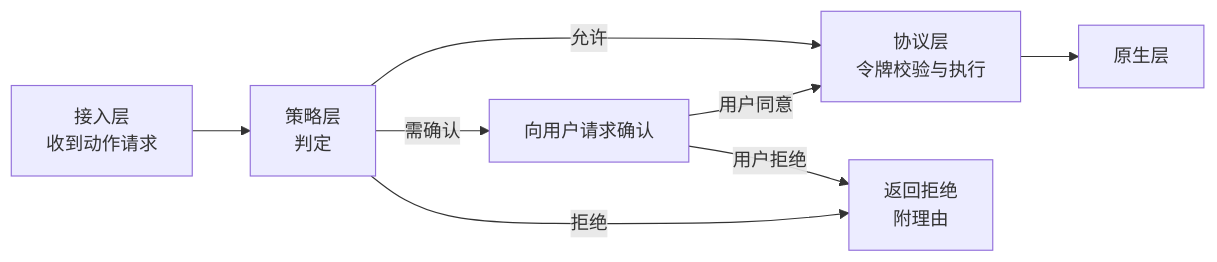
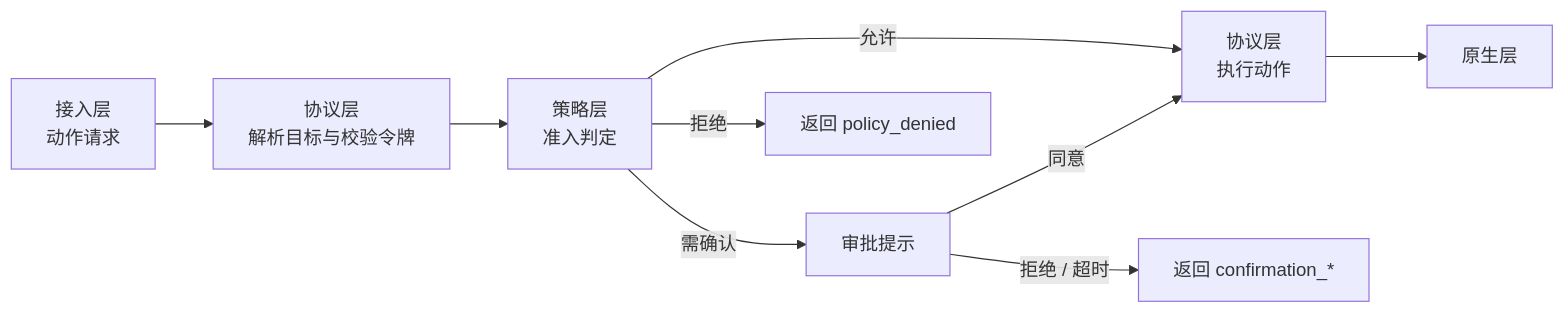
Before and after one commit to wangdadatao/super-computer-use: the diagram in docs/architecture/policy_layer.md, drawn with Mermaid. The commit also changed other lines of this file and 18 other files, not shown here.

````diff
--- a/docs/architecture/policy_layer.md
+++ b/docs/architecture/policy_layer.md
@@ -21,10 +24,11 @@
 ```mermaid
 flowchart LR
-    IN["接入层<br/>收到动作请求"] --> POL["策略层<br/>判定"]
-    POL -->|"允许"| SESS["协议层<br/>令牌校验与执行"]
-    POL -->|"需确认"| UI["向用户请求确认"]
-    POL -->|"拒绝"| ERR["返回拒绝<br/>附理由"]
-    UI -->|"用户同意"| SESS
-    UI -->|"用户拒绝"| ERR
-    SESS --> NAT["原生层"]
+    IN["接入层<br/>动作请求"] --> RES["协议层<br/>解析目标与校验令牌"]
+    RES --> POL["策略层<br/>准入判定"]
+    POL -->|"允许"| EXEC["协议层<br/>执行动作"]
+    POL -->|"需确认"| UI["审批提示"]
+    POL -->|"拒绝"| ERR["返回 policy_denied"]
+    UI -->|"同意"| EXEC
+    UI -->|"拒绝 / 超时"| ERR2["返回 confirmation_*"]
+    EXEC --> NAT["原生层"]
 ```
````
